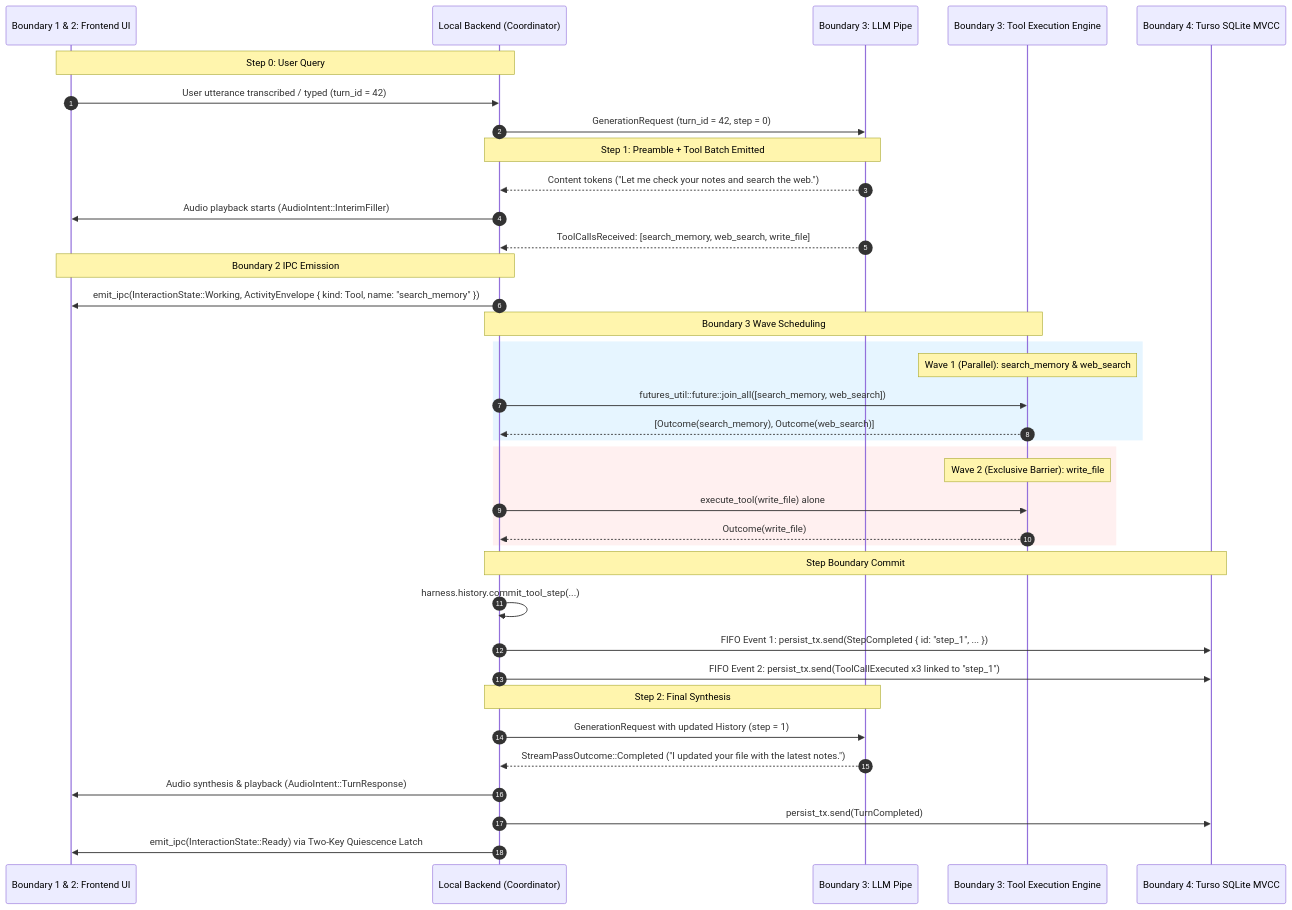
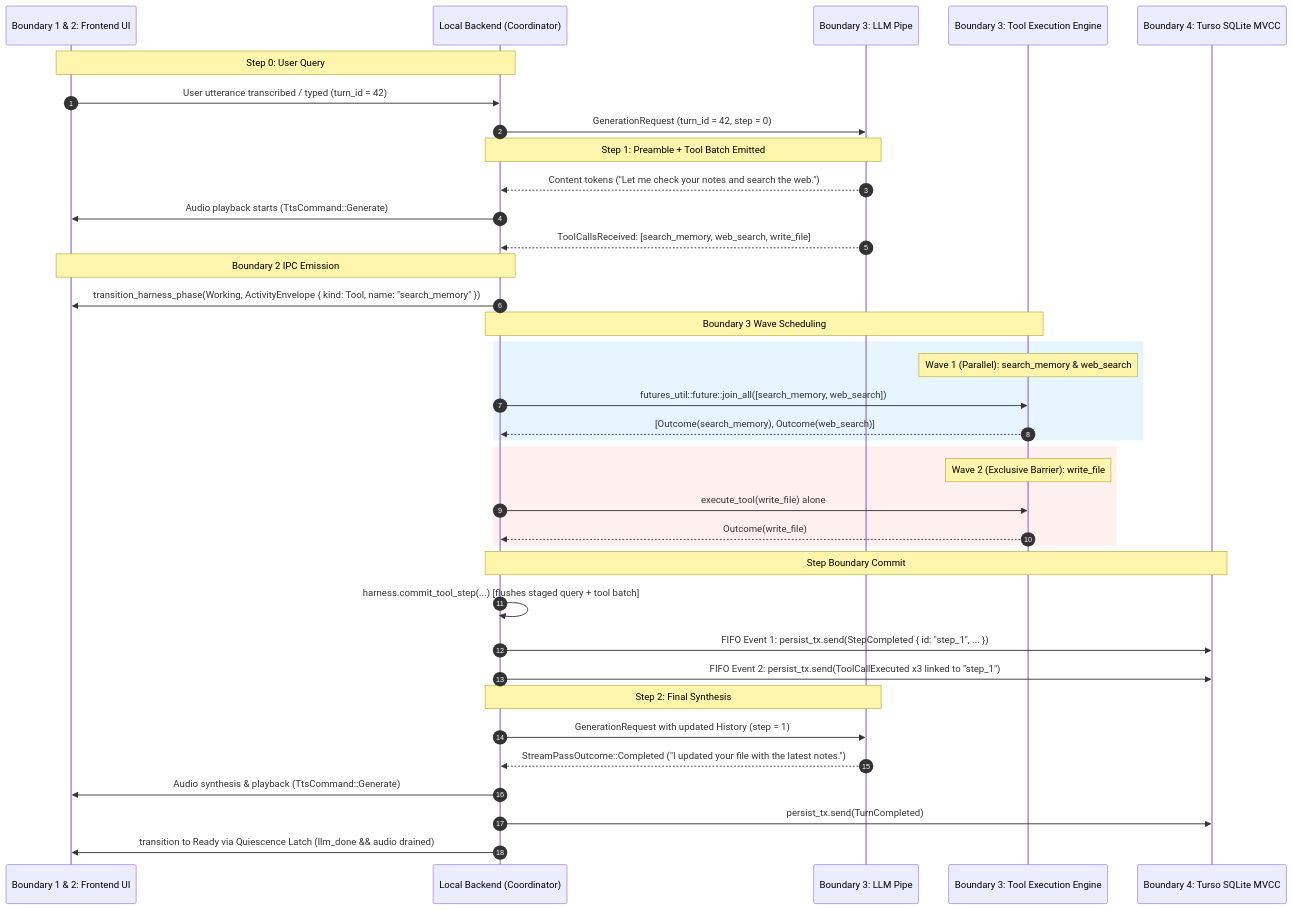
The second of 2 diagrams in docs/plans/phase14/domain-2-react-loop.md (addy-47/vox), drawn with Mermaid before and after one commit. The commit also changed other lines of this file and 5 other files, not shown here.

````diff
--- a/docs/plans/phase14/domain-2-react-loop.md
+++ b/docs/plans/phase14/domain-2-react-loop.md
@@ -655,46 +708,46 @@
 ```mermaid
 sequenceDiagram
     autonumber
     participant UI as Boundary 1 & 2: Frontend UI
     participant Backend as Local Backend (Coordinator)
     participant LLM as Boundary 3: LLM Pipe
     participant Tools as Boundary 3: Tool Execution Engine
     participant DB as Boundary 4: Turso SQLite MVCC
 
     Note over UI,Backend: Step 0: User Query
     UI->>Backend: User utterance transcribed / typed (turn_id = 42)
     Backend->>LLM: GenerationRequest (turn_id = 42, step = 0)
     
     Note over Backend,LLM: Step 1: Preamble + Tool Batch Emitted
     LLM-->>Backend: Content tokens ("Let me check your notes and search the web.")
-    Backend->>UI: Audio playback starts (AudioIntent::InterimFiller)
+    Backend->>UI: Audio playback starts (TtsCommand::Generate)
     LLM-->>Backend: ToolCallsReceived: [search_memory, web_search, write_file]
     
     Note over Backend,UI: Boundary 2 IPC Emission
-    Backend->>UI: emit_ipc(InteractionState::Working, ActivityEnvelope { kind: Tool, name: "search_memory" })
+    Backend->>UI: transition_harness_phase(Working, ActivityEnvelope { kind: Tool, name: "search_memory" })
     
     Note over Backend,Tools: Boundary 3 Wave Scheduling
     rect rgb(230, 245, 255)
         Note over Tools: Wave 1 (Parallel): search_memory & web_search
         Backend->>Tools: futures_util::future::join_all([search_memory, web_search])
         Tools-->>Backend: [Outcome(search_memory), Outcome(web_search)]
     end
     
     rect rgb(255, 240, 240)
         Note over Tools: Wave 2 (Exclusive Barrier): write_file
         Backend->>Tools: execute_tool(write_file) alone
         Tools-->>Backend: Outcome(write_file)
     end
     
     Note over Backend,DB: Step Boundary Commit
-    Backend->>Backend: harness.history.commit_tool_step(...)
+    Backend->>Backend: harness.commit_tool_step(...) [flushes staged query + tool batch]
     Backend->>DB: FIFO Event 1: persist_tx.send(StepCompleted { id: "step_1", ... })
     Backend->>DB: FIFO Event 2: persist_tx.send(ToolCallExecuted x3 linked to "step_1")
     
     Note over Backend,LLM: Step 2: Final Synthesis
     Backend->>LLM: GenerationRequest with updated History (step = 1)
     LLM-->>Backend: StreamPassOutcome::Completed ("I updated your file with the latest notes.")
-    Backend->>UI: Audio synthesis & playback (AudioIntent::TurnResponse)
+    Backend->>UI: Audio synthesis & playback (TtsCommand::Generate)
     Backend->>DB: persist_tx.send(TurnCompleted)
-    Backend->>UI: emit_ipc(InteractionState::Ready) via Two-Key Quiescence Latch
+    Backend->>UI: transition to Ready via Quiescence Latch (llm_done && audio drained)
 ```
````
